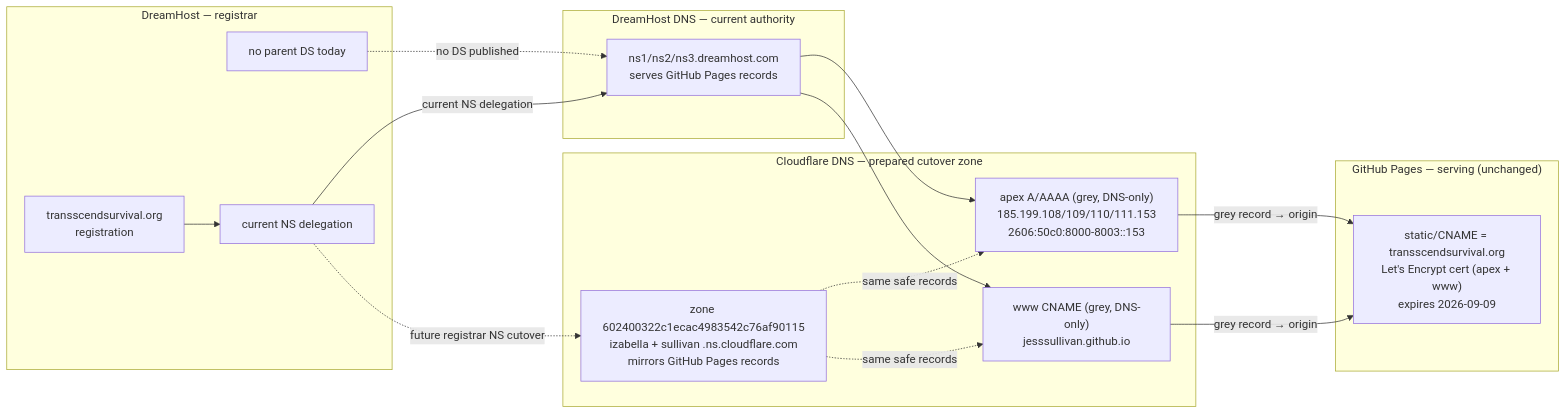
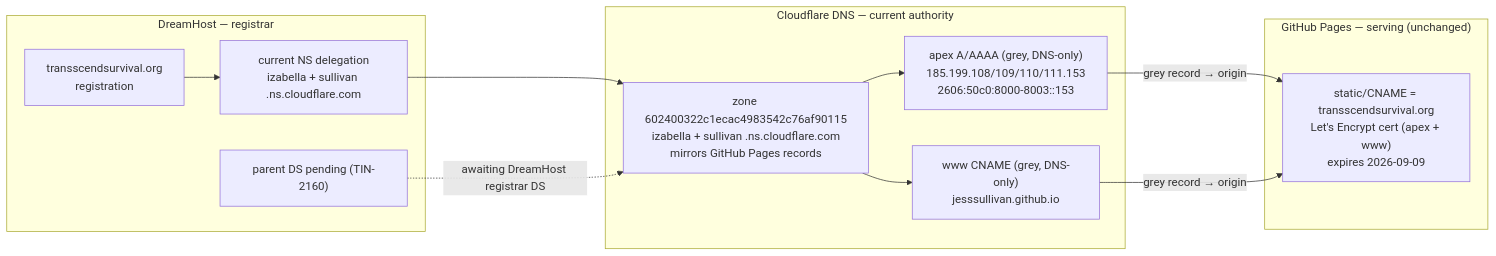
One commit to Jesssullivan/jesssullivan.github.io changed the first of 5 diagrams in docs/dns-architecture.md. Above: the diagram before and after it, drawn with Mermaid. The commit also changed other lines of this file, not shown here.

Commit message:
docs: update DNS architecture current state

````diff
--- a/docs/dns-architecture.md
+++ b/docs/dns-architecture.md
@@ -34,33 +32,26 @@
 ```mermaid
 flowchart LR
     subgraph Registrar["DreamHost — registrar"]
         Reg["transscendsurvival.org<br/>registration"]
-        DS["no parent DS today"]
-        NSdeleg["current NS delegation"]
+        DS["parent DS pending (TIN-2160)"]
+        NSdeleg["current NS delegation<br/>izabella + sullivan .ns.cloudflare.com"]
     end
 
-    subgraph DH["DreamHost DNS — current authority"]
-        DhZone["ns1/ns2/ns3.dreamhost.com<br/>serves GitHub Pages records"]
-    end
-
-    subgraph CF["Cloudflare DNS — prepared cutover zone"]
+    subgraph CF["Cloudflare DNS — current authority"]
         Zone["zone 602400322c1ecac4983542c76af90115<br/>izabella + sullivan .ns.cloudflare.com<br/>mirrors GitHub Pages records"]
         Apex["apex A/AAAA (grey, DNS-only)<br/>185.199.108/109/110/111.153<br/>2606:50c0:8000-8003::153"]
         WWW["www CNAME (grey, DNS-only)<br/>jesssullivan.github.io"]
     end
 
     subgraph GHP["GitHub Pages — serving (unchanged)"]
         Pages["static/CNAME = transscendsurvival.org<br/>Let's Encrypt cert (apex + www)<br/>expires 2026-09-09"]
     end
 
     Reg --> NSdeleg
-    NSdeleg -- "current NS delegation" --> DhZone
-    DS -. "no DS published" .-> DhZone
-    DhZone --> Apex
-    DhZone --> WWW
-    NSdeleg -. "future registrar NS cutover" .-> Zone
-    Zone -. "same safe records" .-> Apex
-    Zone -. "same safe records" .-> WWW
+    NSdeleg --> Zone
+    DS -. "awaiting DreamHost registrar DS" .-> Zone
+    Zone --> Apex
+    Zone --> WWW
     Apex -- "grey record → origin" --> Pages
     WWW -- "grey record → origin" --> Pages
 ```
````
